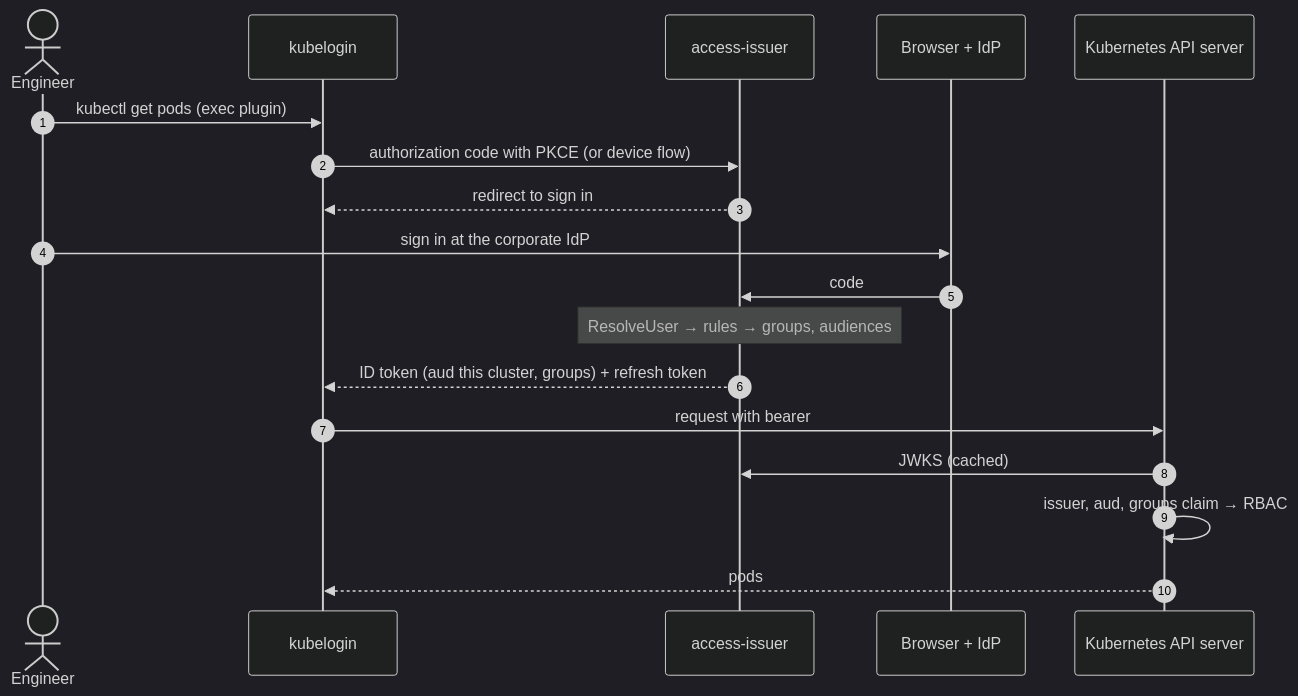
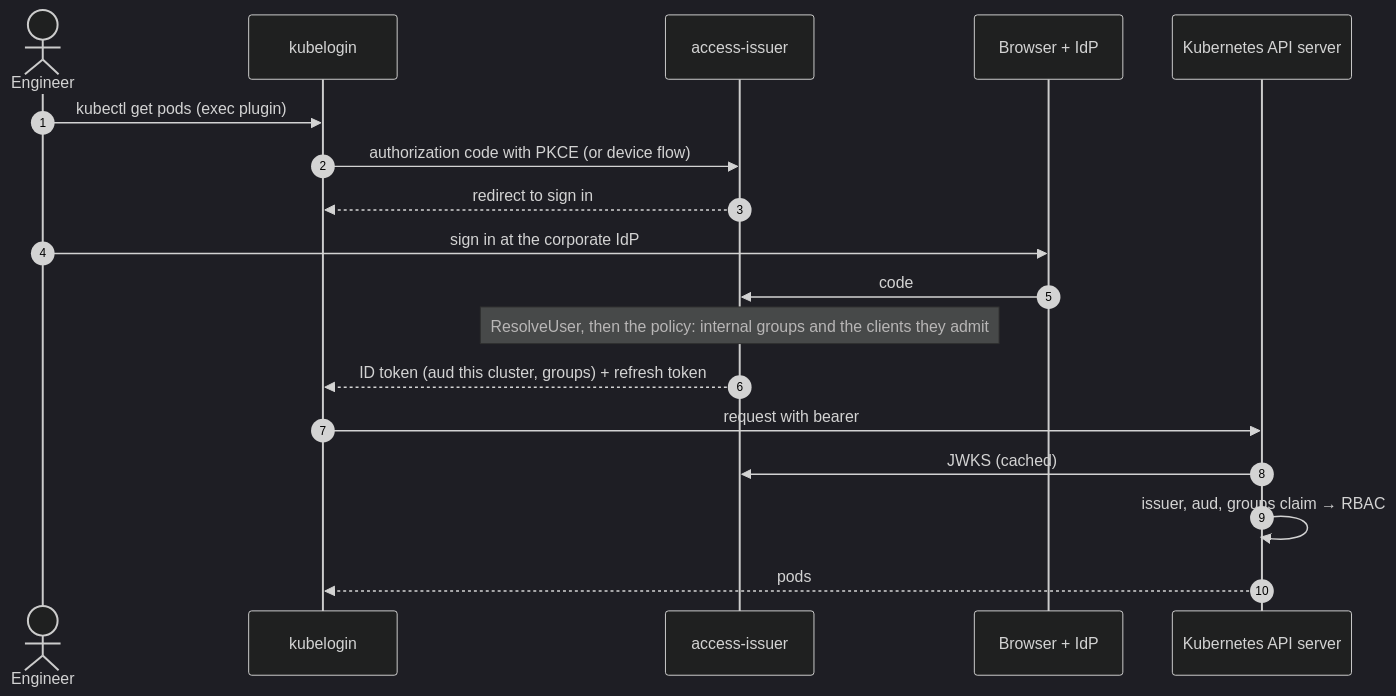
The fifth of 11 diagrams in docs/architecture.md (truvity/access-roster), drawn with Mermaid (dark theme) before and after one commit. The commit also changed other lines of this file and 21 other files, not shown here.

````diff
--- a/docs/architecture.md
+++ b/docs/architecture.md
@@ -247,20 +247,20 @@
 ```mermaid
 sequenceDiagram
   autonumber
   actor E as Engineer
   participant C as kubelogin
   participant T as access-issuer
   participant B as Browser + IdP
   participant K as Kubernetes API server
   E->>C: kubectl get pods (exec plugin)
   C->>T: authorization code with PKCE (or device flow)
   T-->>C: redirect to sign in
   E->>B: sign in at the corporate IdP
   B->>T: code
-  Note over T: ResolveUser → rules → groups, audiences
+  Note over T: ResolveUser, then the policy: internal groups and the clients they admit
   T-->>C: ID token (aud this cluster, groups) + refresh token
   C->>K: request with bearer
   K->>T: JWKS (cached)
   K->>K: issuer, aud, groups claim → RBAC
   K-->>C: pods
 ```
````
